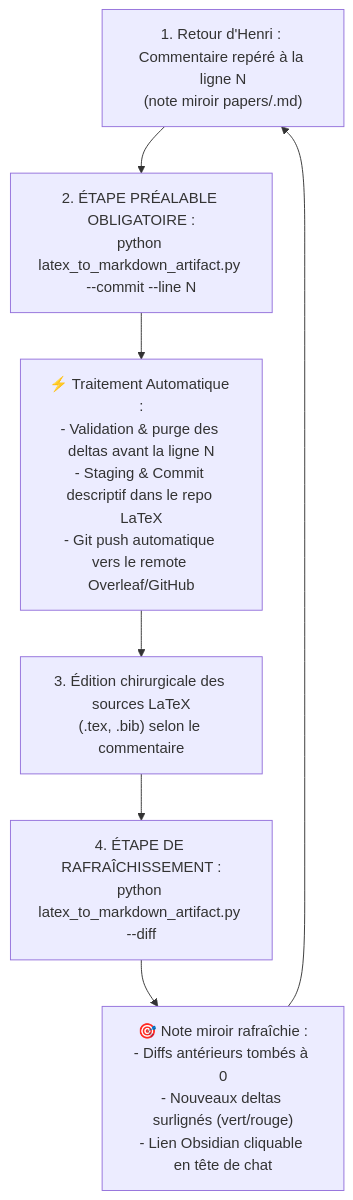
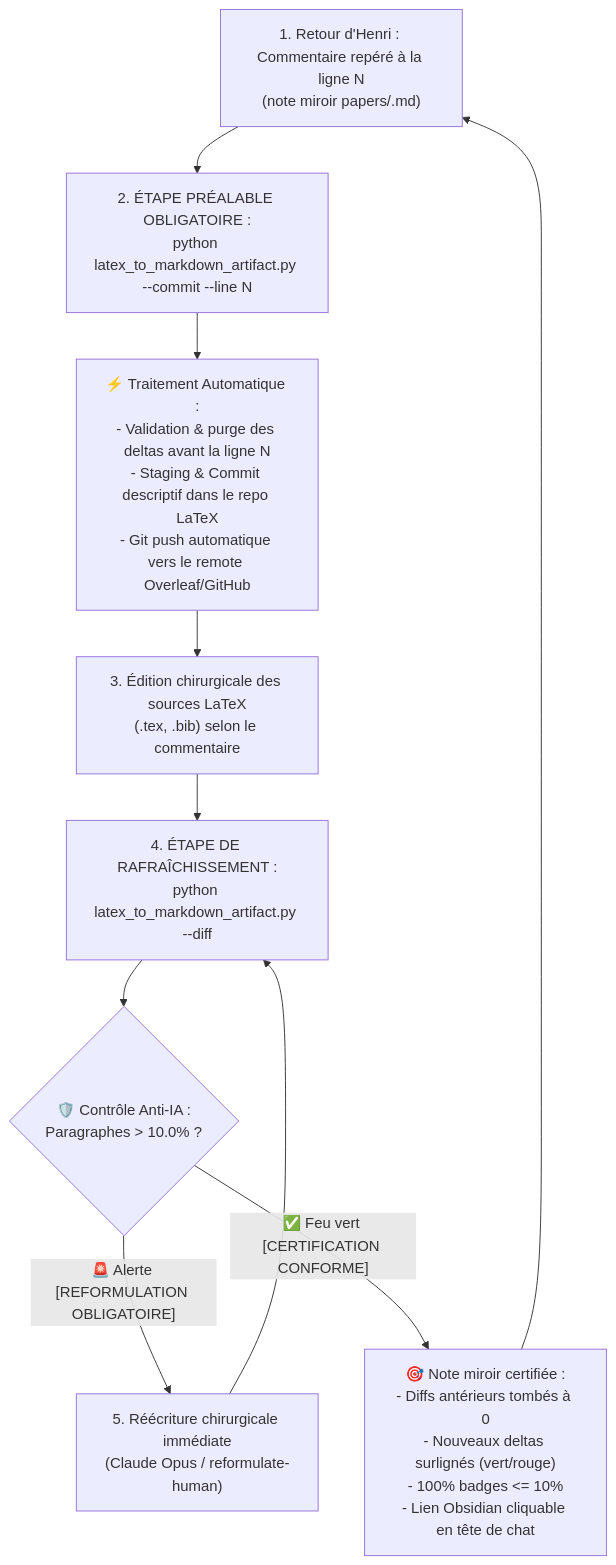
The diagram in src/skills/paper-writing/SKILL.md (hjamet/cursor-memory-bank), drawn with Mermaid before and after one commit. The commit also changed other lines of this file and 3 other files, not shown here.

````diff
--- a/src/skills/paper-writing/SKILL.md
+++ b/src/skills/paper-writing/SKILL.md
@@ -68,9 +68,12 @@
 ```mermaid
 graph TD
     A["1. Retour d'Henri : Commentaire repéré à la ligne N<br/>(note miroir papers/<nom>.md)"] --> B["2. ÉTAPE PRÉALABLE OBLIGATOIRE :<br/>python latex_to_markdown_artifact.py --commit --line N"]
     B --> C["⚡ Traitement Automatique :<br/>- Validation & purge des deltas avant la ligne N<br/>- Staging & Commit descriptif dans le repo LaTeX<br/>- Git push automatique vers le remote Overleaf/GitHub"]
     C --> D["3. Édition chirurgicale des sources LaTeX<br/>(.tex, .bib) selon le commentaire"]
     D --> E["4. ÉTAPE DE RAFRAÎCHISSEMENT :<br/>python latex_to_markdown_artifact.py --diff"]
-    E --> F["🎯 Note miroir rafraîchie :<br/>- Diffs antérieurs tombés à 0<br/>- Nouveaux deltas surlignés (vert/rouge)<br/>- Lien Obsidian cliquable en tête de chat"]
+    E --> G{"🛡️ Contrôle Anti-IA :<br/>Paragraphes > 10.0% ?"}
+    G -- "🚨 Alerte [REFORMULATION OBLIGATOIRE]" --> H["5. Réécriture chirurgicale immédiate<br/>(Claude Opus / reformulate-human)"]
+    H --> E
+    G -- "✅ Feu vert [CERTIFICATION CONFORME]" --> F["🎯 Note miroir certifiée :<br/>- Diffs antérieurs tombés à 0<br/>- Nouveaux deltas surlignés (vert/rouge)<br/>- 100% badges <= 10%<br/>- Lien Obsidian cliquable en tête de chat"]
     F --> A
 ```
````
